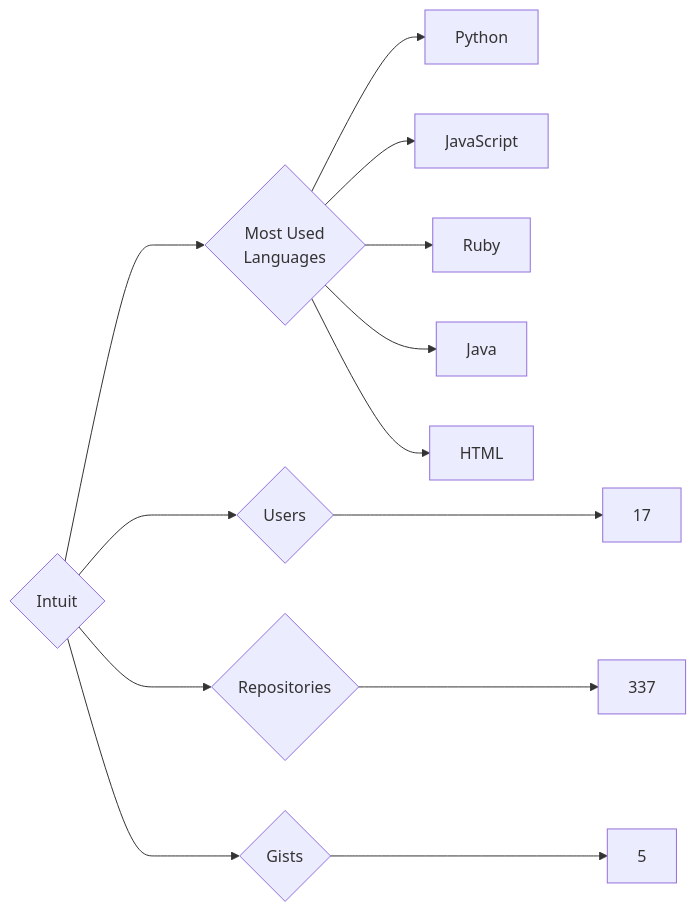
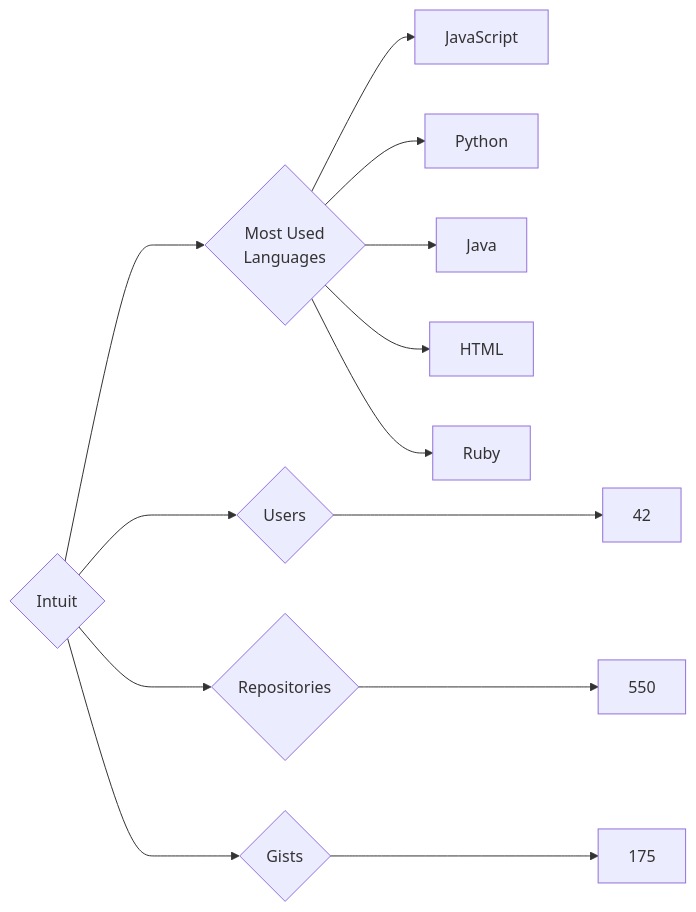
The diagram in targets/Intuit/README.md (trickest/insiders), drawn with Mermaid before and after one commit. The commit also changed 629 other files, not shown here.

````diff
--- a/targets/Intuit/README.md
+++ b/targets/Intuit/README.md
@@ -3,13 +3,13 @@
 ```mermaid
 graph LR
 COMPANY_NAME{Intuit}
-COMPANY_NAME ---> U{Users} ---> UN[17]
-COMPANY_NAME ---> R{Repositories} ---> RN[337]
-COMPANY_NAME ---> G{Gists} ---> GN[5]
+COMPANY_NAME ---> U{Users} ---> UN[42]
+COMPANY_NAME ---> R{Repositories} ---> RN[550]
+COMPANY_NAME ---> G{Gists} ---> GN[175]
 COMPANY_NAME ---> ML{Most Used<br>Languages}
+ML --> JavaScript[JavaScript]
 ML --> Python[Python]
-ML --> JavaScript[JavaScript]
-ML --> Ruby[Ruby]
 ML --> Java[Java]
 ML --> HTML[HTML]
+ML --> Ruby[Ruby]
 ```
````
